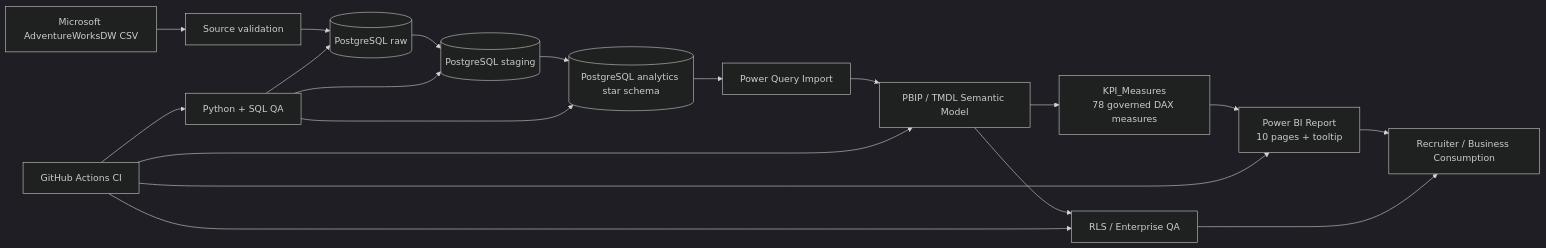
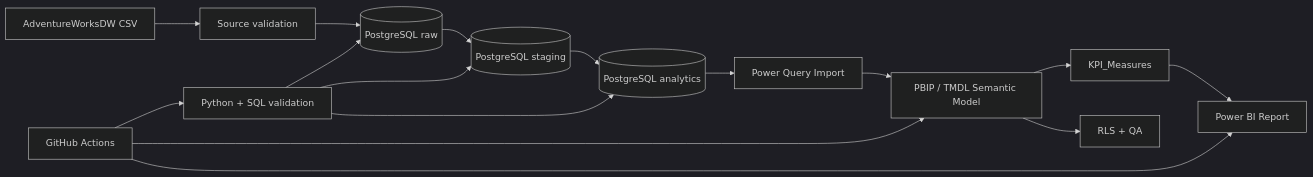
The diagram in README.md (rjraunak04/retail360-powerbi-analytics), drawn with Mermaid (dark theme) before and after one commit. The commit also changed other lines of this file, not shown here.

````diff
--- a/README.md
+++ b/README.md
@@ -65,22 +40,19 @@
 ```mermaid
 flowchart LR
-    A[Microsoft AdventureWorksDW CSV] --> B[Source validation]
+    A[AdventureWorksDW CSV] --> B[Source validation]
     B --> C[(PostgreSQL raw)]
     C --> D[(PostgreSQL staging)]
-    D --> E[(PostgreSQL analytics star schema)]
+    D --> E[(PostgreSQL analytics)]
     E --> F[Power Query Import]
     F --> G[PBIP / TMDL Semantic Model]
-    G --> H[KPI_Measures<br/>78 governed DAX measures]
-    H --> I[Power BI Report<br/>10 pages + tooltip]
-    G --> J[RLS / Enterprise QA]
-    I --> K[Recruiter / Business Consumption]
-    J --> K
+    G --> H[KPI_Measures]
+    H --> I[Power BI Report]
+    G --> J[RLS + QA]
 
-    L[Python + SQL QA] --> C
-    L --> D
-    L --> E
-    M[GitHub Actions CI] --> L
-    M --> G
-    M --> I
-    M --> J
+    K[Python + SQL validation] --> C
+    K --> D
+    K --> E
+    L[GitHub Actions] --> K
+    L --> G
+    L --> I
 ```
````
